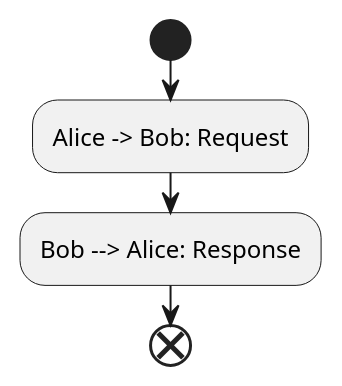
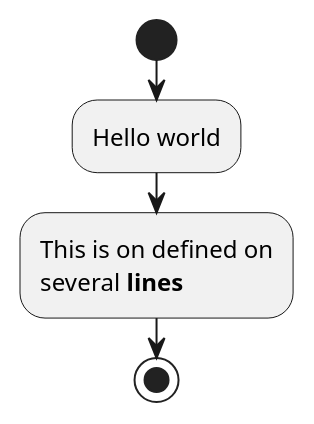
One commit to Aso2001171/2021sys-design changed the diagram in test.md. Above: the diagram before and after it, drawn with PlantUML.

```diff
--- a/test.md
+++ b/test.md
@@ -2,6 +2,7 @@
 @startuml
 start
-:Alice -> Bob: Request;
-:Bob --> Alice: Response;
-end
+:Hello world;
+:This is on defined on
+several **lines**;
+stop
 @enduml
```
